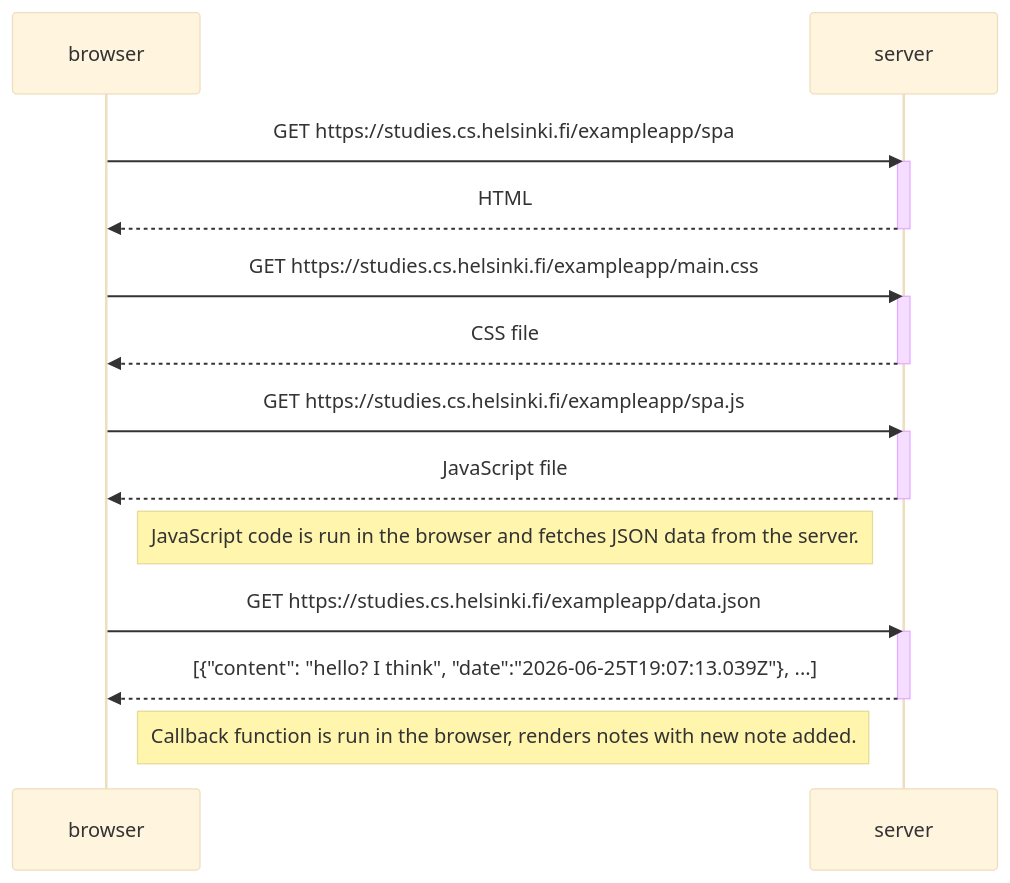
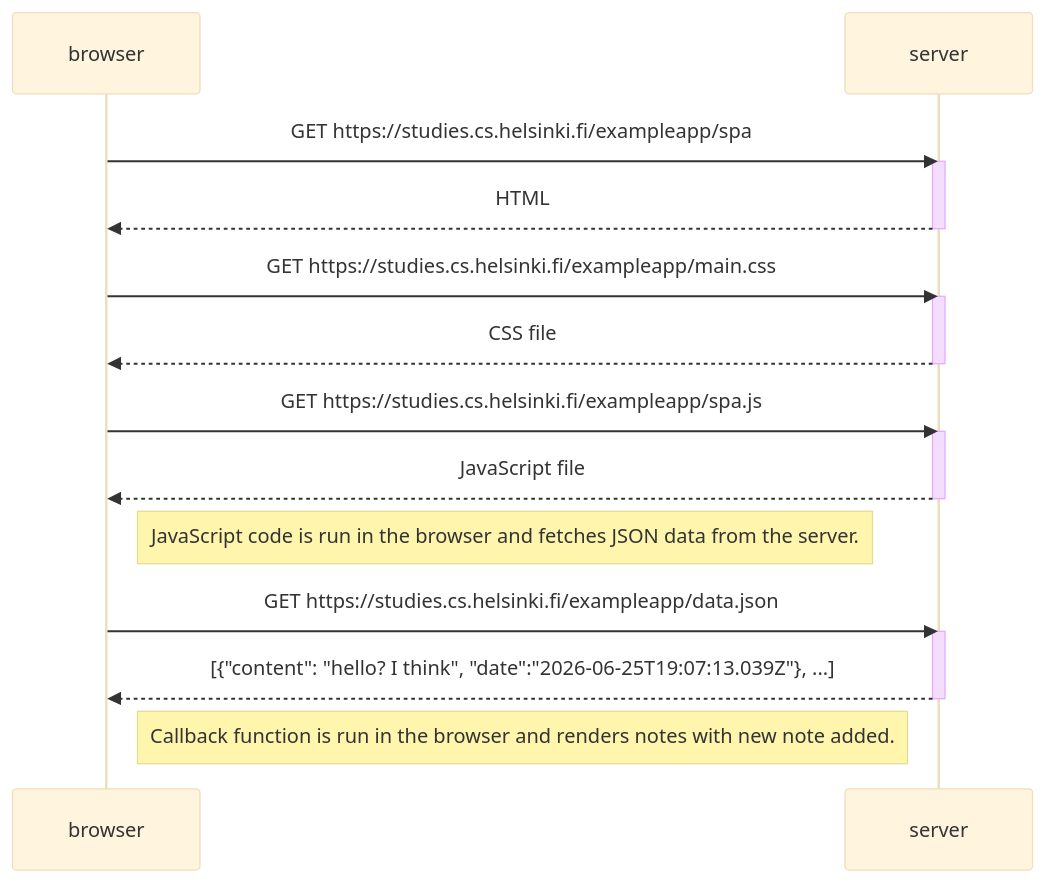
One commit to Sandrowue/FullStackOpen changed the diagram in opening_spa_version.md. Above: the diagram before and after it, drawn with Mermaid (base theme). The commit also changed 1 other file, not shown here.

Commit message:
improved comment

````diff
--- a/opening_spa_version.md
+++ b/opening_spa_version.md
@@ -1,29 +1,29 @@
 ```mermaid
 sequenceDiagram
     participant browser
     participant server
 
     browser->>server: GET https://studies.cs.helsinki.fi/exampleapp/spa
     activate server
     server-->> browser: HTML
     deactivate server
 
     browser->>server: GET https://studies.cs.helsinki.fi/exampleapp/main.css
     activate server
     server-->>browser: CSS file
     deactivate server
 
     browser->>server: GET https://studies.cs.helsinki.fi/exampleapp/spa.js
     activate server
     server-->>browser: JavaScript file
     deactivate server
 
     Note right of browser: JavaScript code is run in the browser and fetches JSON data from the server.
 
     browser->>server: GET https://studies.cs.helsinki.fi/exampleapp/data.json
     activate server
     server-->>browser: [{"content": "hello? I think", "date":"2026-06-25T19:07:13.039Z"}, ...] 
     deactivate server
 
-    Note right of browser: Callback function is run in the browser, renders notes with new note added.
+    Note right of browser: Callback function is run in the browser and renders notes with new note added.
 ```
````
